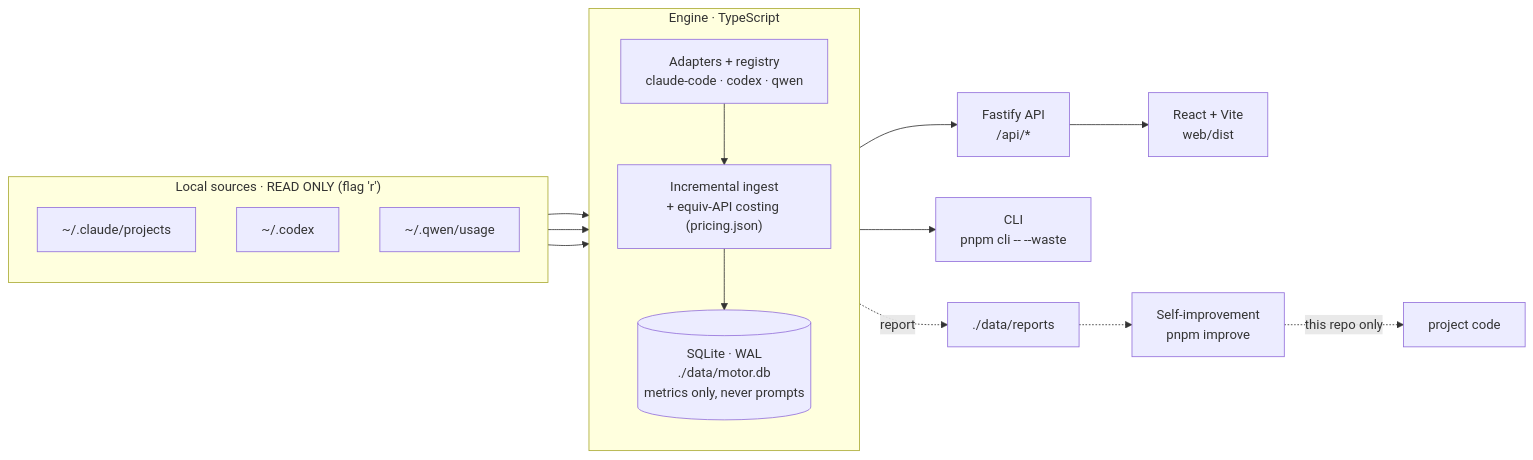
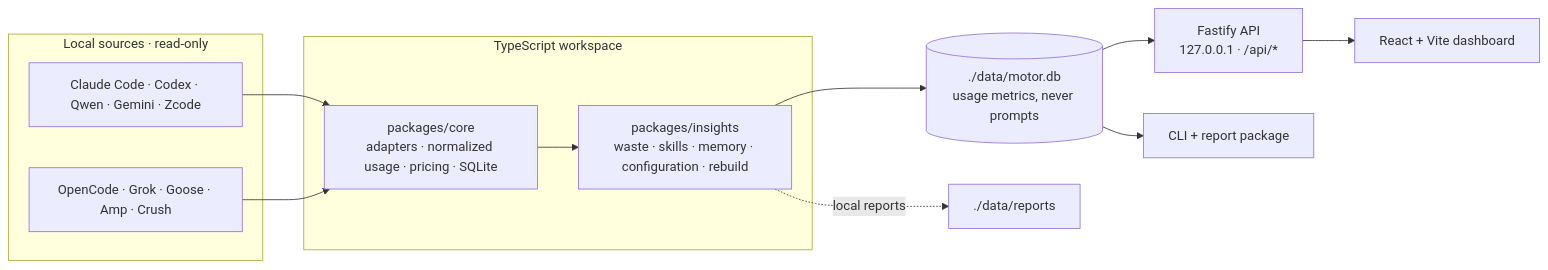
Before and after one commit to Adudu02/How-much-did-U-waste: the diagram in README.md, drawn with Mermaid. The commit also changed other lines of this file and 9 other files, not shown here.

````diff
--- a/README.md
+++ b/README.md
@@ -30,30 +31,26 @@
 ```mermaid
 flowchart LR
-  subgraph src["Local sources · READ ONLY (flag 'r')"]
-    direction TB
-    CC["~/.claude/projects"]
-    CX["~/.codex"]
-    QW["~/.qwen/usage"]
+  subgraph sources["Local sources · read-only"]
+    FILES["Claude Code · Codex · Qwen · Gemini · Zcode"]
+    DBS["OpenCode · Grok · Goose · Amp · Crush"]
   end
 
-  subgraph engine["Engine · TypeScript"]
-    direction TB
-    REG["Adapters + registry<br/>claude-code · codex · qwen"]
-    ING["Incremental ingest<br/>+ equiv-API costing (pricing.json)"]
-    DB[("SQLite · WAL<br/>./data/motor.db<br/>metrics only, never prompts")]
-    REG --> ING --> DB
+  subgraph packages["TypeScript workspace"]
+    CORE["packages/core<br/>adapters · normalized usage · pricing · SQLite"]
+    INS["packages/insights<br/>waste · skills · memory · configuration · rebuild"]
+    CORE --> INS
   end
 
-  API["Fastify API<br/>/api/*"]
-  WEB["React + Vite<br/>web/dist"]
-  CLI["CLI<br/>pnpm cli -- --waste"]
-  IMP["Self-improvement<br/>pnpm improve"]
+  DB[("./data/motor.db<br/>usage metrics, never prompts")]
+  API["Fastify API<br/>127.0.0.1 · /api/*"]
+  WEB["React + Vite dashboard"]
+  CLI["CLI + report package"]
+  RPT["./data/reports"]
 
-  CC --> REG
-  CX --> REG
-  QW --> REG
+  FILES --> CORE
+  DBS --> CORE
+  INS --> DB
   DB --> API --> WEB
   DB --> CLI
-  DB -. report .-> RPT["./data/reports"] -.-> IMP
-  IMP -. this repo only .-> REPO["project code"]
+  INS -. local reports .-> RPT
 ```
````
